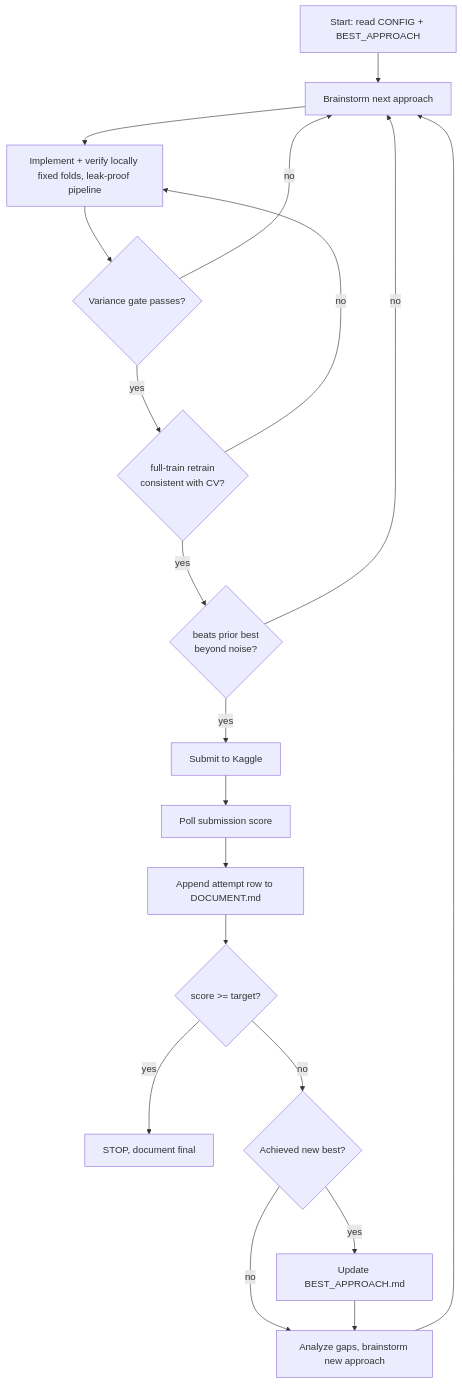
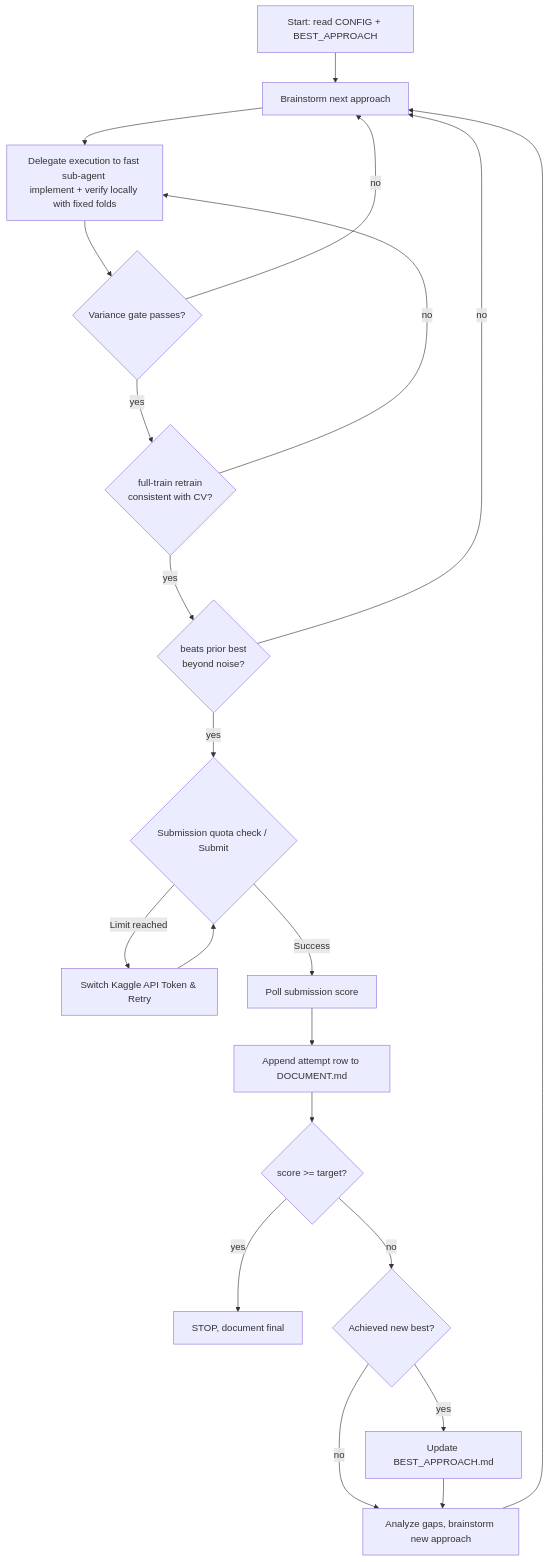
Before and after one commit to AlexDaPiggie/Alex_Agent_Skills: the diagram in kaggle-playground-contest/SKILL.md, drawn with Mermaid. The commit also changed other lines of this file, not shown here.

Commit message:
feat(kaggle): add multi-token management, token switching, CLI quota tracking, and sub-agent delegation

````diff
--- a/kaggle-playground-contest/SKILL.md
+++ b/kaggle-playground-contest/SKILL.md
@@ -29,21 +31,23 @@
 ```mermaid
 flowchart TD
     A[Start: read CONFIG + BEST_APPROACH] --> B[Brainstorm next approach]
-    B --> C[Implement + verify locally <br/>fixed folds, leak-proof pipeline]
+    B --> C[Delegate execution to fast sub-agent <br/>implement + verify locally with fixed folds]
     C --> D{Variance gate passes?}
     D -- no --> B
     D -- yes --> E{full-train retrain<br/>consistent with CV?}
     E -- no --> C
     E -- yes --> F{beats prior best<br/>beyond noise?}
     F -- no --> B
-    F -- yes --> G[Submit to Kaggle]
-    G --> H[Poll submission score]
-    H --> I[Append attempt row to DOCUMENT.md]
-    I --> J{score >= target?}
-    J -- yes --> K[STOP, document final]
-    J -- no --> L{Achieved new best?}
-    L -- yes --> M[Update BEST_APPROACH.md]
-    L -- no --> N
-    M --> N[Analyze gaps, brainstorm new approach]
-    N --> B
+    F -- yes --> G{Submission quota check / Submit}
+    G -- Limit reached --> H[Switch Kaggle API Token & Retry]
+    H --> G
+    G -- Success --> I[Poll submission score]
+    I --> J[Append attempt row to DOCUMENT.md]
+    J --> K{score >= target?}
+    K -- yes --> L[STOP, document final]
+    K -- no --> M{Achieved new best?}
+    M -- yes --> N[Update BEST_APPROACH.md]
+    M -- no --> O
+    N --> O[Analyze gaps, brainstorm new approach]
+    O --> B
 ```
````
